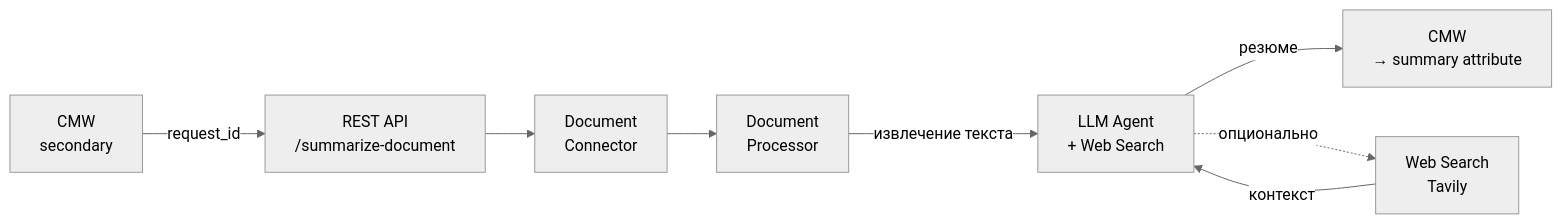
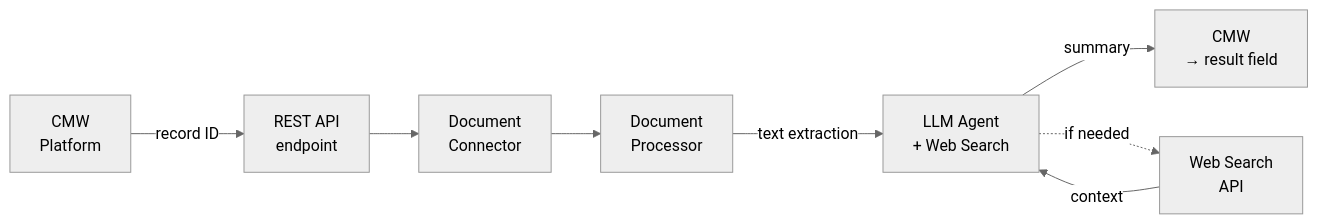
Before and after one commit to arterm-sedov/cmw-rag: the diagram in docs/research/executive-research-technology-transfer/report-pack/20260420-document-agent-architecture-ru.md, drawn with Mermaid (neutral theme). The commit also changed other lines of this file, not shown here.

First line of the commit message:
docs: update document agent architecture - agnostic wording

````diff
--- a/docs/research/executive-research-technology-transfer/report-pack/20260420-document-agent-architecture-ru.md
+++ b/docs/research/executive-research-technology-transfer/report-pack/20260420-document-agent-architecture-ru.md
@@ -48,11 +48,11 @@
 ```mermaid
 graph LR
-    A[CMW<br/>secondary] -->|request_id| B[REST API<br/>/summarize-document]
+    A[CMW<br/>Platform] -->|record ID| B[REST API<br/>endpoint]
     B --> C[Document<br/>Connector]
     C --> D[Document<br/>Processor]
-    D -->|извлечение текста| E[LLM Agent<br/>+ Web Search]
-    E -->|резюме| F[CMW<br/>→ summary attribute]
+    D -->|text extraction| E[LLM Agent<br/>+ Web Search]
+    E -->|summary| F[CMW<br/>→ result field]
     
-    E -.->|опционально| G[Web Search<br/>Tavily]
-    G -->|контекст| E
+    E -.->|if needed| G[Web Search<br/>API]
+    G -->|context| E
 ```
````
